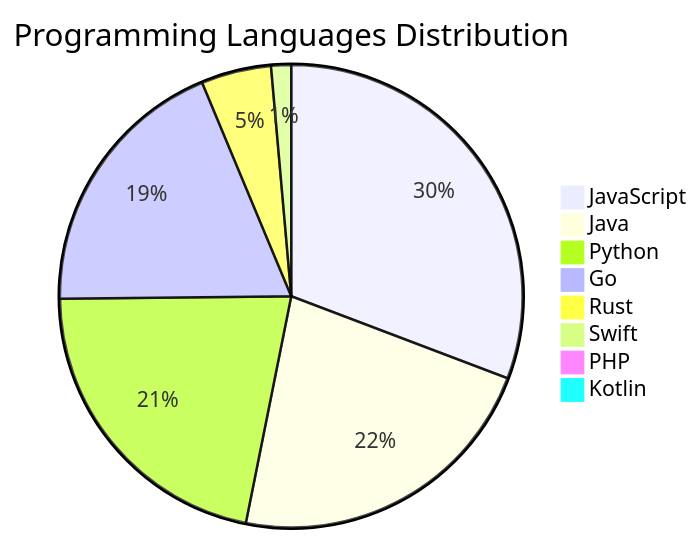
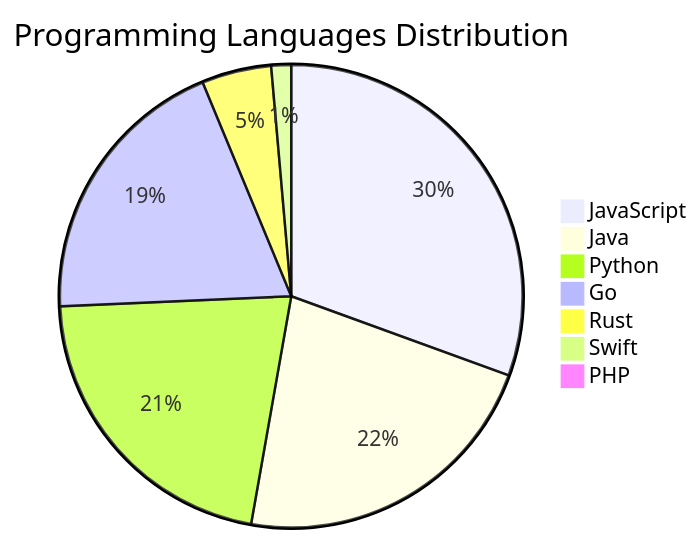
One commit to Derrick-MUGISHA/github-activity-bot changed the diagram in README.md. Above: the diagram before and after it, drawn with Mermaid. The commit also changed other lines of this file and 4 other files, not shown here.

````diff
--- a/README.md
+++ b/README.md
@@ -208,11 +207,10 @@
 ```mermaid
 pie title Programming Languages Distribution
     "JavaScript" : 44
     "Java" : 32
     "Python" : 31
-    "Go" : 27
+    "Go" : 28
     "Rust" : 7
     "Swift" : 2
     "PHP" : 1
-    "Kotlin" : 1
 ```
````
